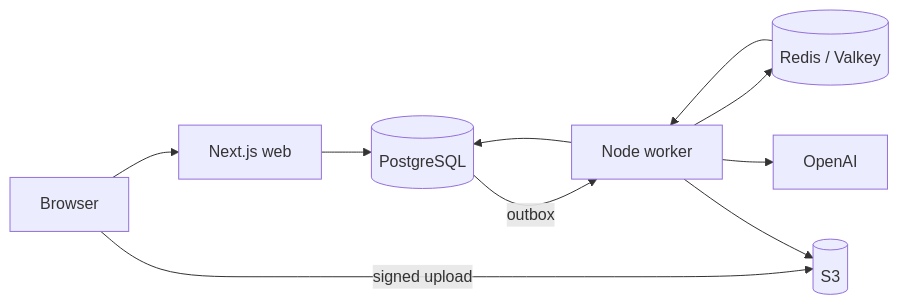
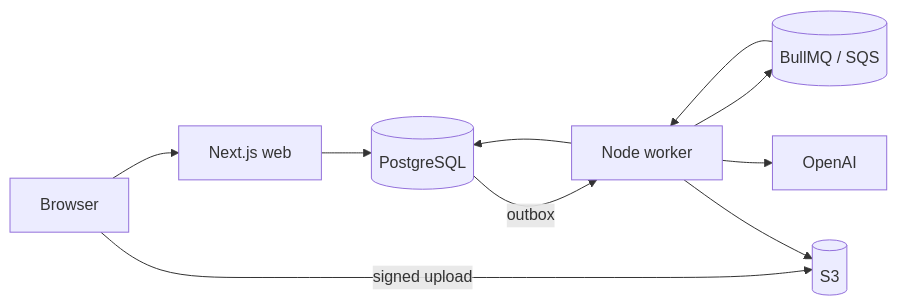
Before and after one commit to jessig1/vinylhound_new: the diagram in README.md, drawn with Mermaid. The commit also changed other lines of this file and 67 other files, not shown here.

````diff
--- a/README.md
+++ b/README.md
@@ -63,12 +64,12 @@
 ```mermaid
 flowchart LR
   Browser --> Web[Next.js web]
   Browser -->|signed upload| S3[(S3)]
   Web --> DB[(PostgreSQL)]
   DB -->|outbox| Worker[Node worker]
-  Worker --> Queue[(Redis / Valkey)]
+  Worker --> Queue[(BullMQ / SQS)]
   Queue --> Worker
   Worker --> S3
   Worker --> OpenAI
   Worker --> DB
 ```
````
